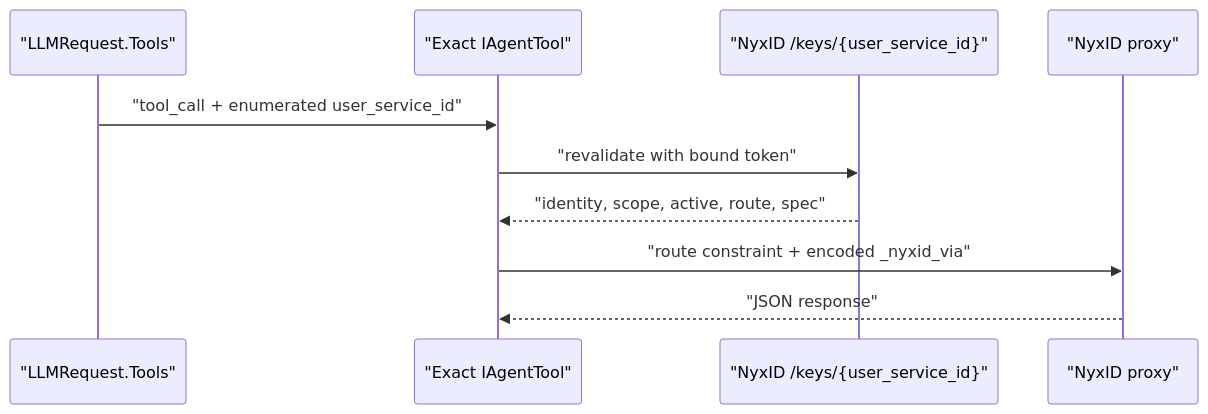
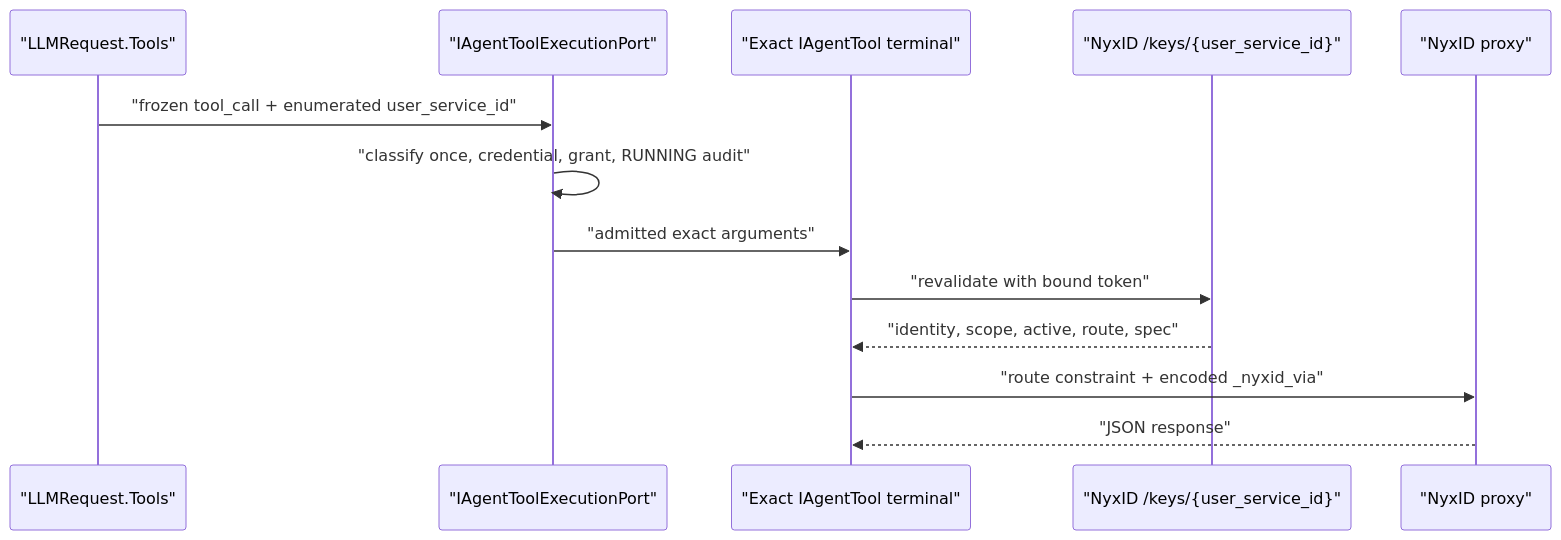
The diagram in docs/canon/nyxid-connected-service-tools.md (aevatarAI/aevatar), drawn with Mermaid before and after one commit. The commit also changed other lines of this file and 123 other files, not shown here.

````diff
--- a/docs/canon/nyxid-connected-service-tools.md
+++ b/docs/canon/nyxid-connected-service-tools.md
@@ -67,13 +67,16 @@
 ```mermaid
 %%{init: {"maxTextSize": 100000, "flowchart": {"useMaxWidth": false, "nodeSpacing": 10, "rankSpacing": 50}, "themeVariables": {"fontSize": "10px"}}}%%
 sequenceDiagram
     participant L as "LLMRequest.Tools"
-    participant T as "Exact IAgentTool"
+    participant A as "IAgentToolExecutionPort"
+    participant T as "Exact IAgentTool terminal"
     participant K as "NyxID /keys/{user_service_id}"
     participant P as "NyxID proxy"
-    L->>T: "tool_call + enumerated user_service_id"
+    L->>A: "frozen tool_call + enumerated user_service_id"
+    A->>A: "classify once, credential, grant, RUNNING audit"
+    A->>T: "admitted exact arguments"
     T->>K: "revalidate with bound token"
     K-->>T: "identity, scope, active, route, spec"
     T->>P: "route constraint + encoded _nyxid_via"
     P-->>T: "JSON response"
 ```
````
